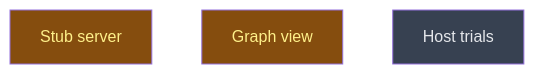
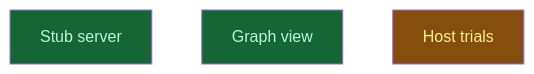
The diagram in __roadmap__/m0-feasibility-spike/build/README.md (CrackingShells/cracking-shells-playbook), drawn with Mermaid before and after one commit. The commit also changed other lines of this file and 1 other file, not shown here.

Commit message:
chore(roadmap): close the m0 build level and start the host trials

````diff
--- a/__roadmap__/m0-feasibility-spike/build/README.md
+++ b/__roadmap__/m0-feasibility-spike/build/README.md
@@ -21,11 +21,11 @@
 ```mermaid
 graph TD
-    stub_server[Stub server]:::inprogress
-    graph_view[Graph view]:::inprogress
-    trials[Host trials]:::planned
+    stub_server[Stub server]:::done
+    graph_view[Graph view]:::done
+    trials[Host trials]:::inprogress
     classDef done       fill:#166534,color:#bbf7d0
     classDef inprogress fill:#854d0e,color:#fef08a
     classDef planned    fill:#374151,color:#e5e7eb
     classDef amendment  fill:#1e3a5f,color:#bfdbfe
     classDef blocked    fill:#7f1d1d,color:#fecaca
 ```
````
